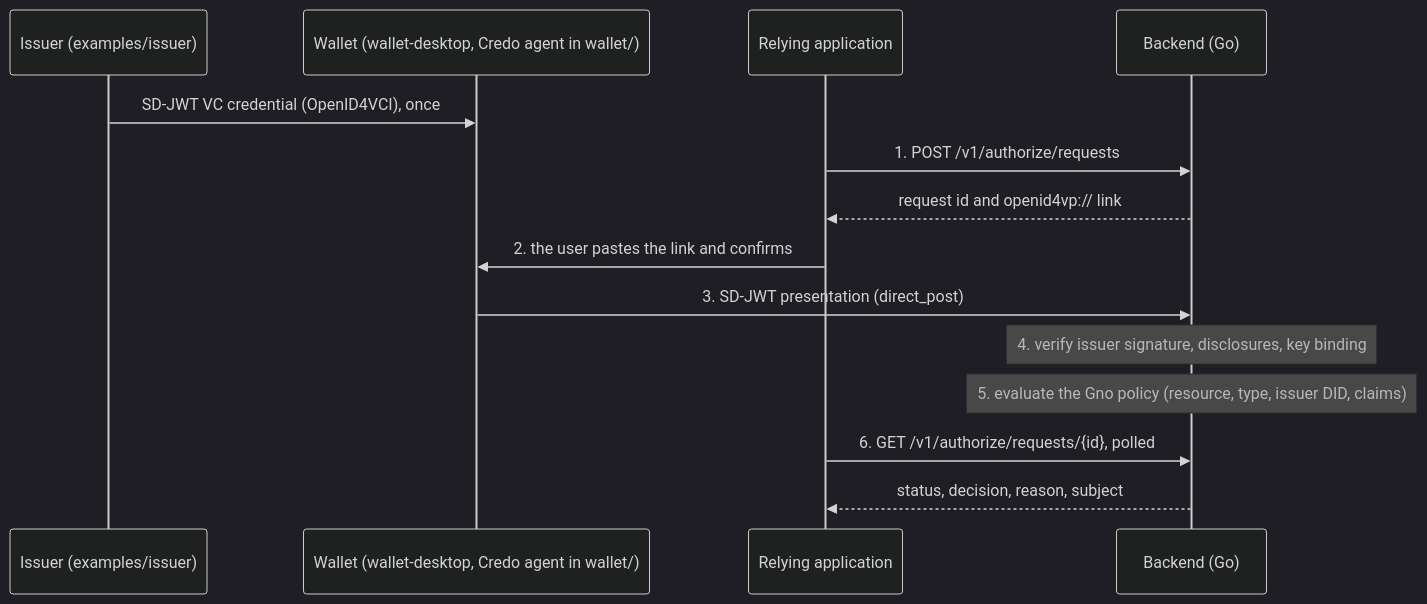
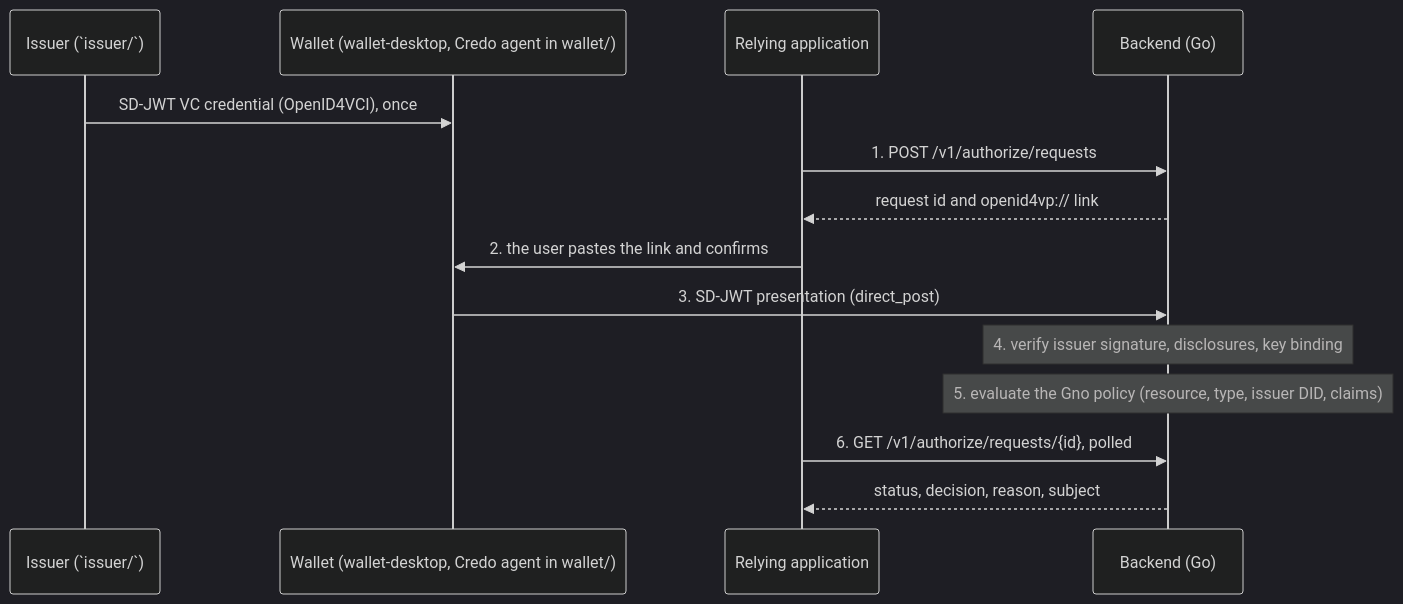
Before and after one commit to threehook/attesta: the diagram in docs/architecture.md, drawn with Mermaid (dark theme). The commit also changed 38 other files, not shown here.

First line of the commit message:
Move the issuer out of examples

````diff
--- a/docs/architecture.md
+++ b/docs/architecture.md
@@ -14,17 +14,17 @@
 ```mermaid
 sequenceDiagram
-    participant I as Issuer (examples/issuer)
+    participant I as Issuer (`issuer/`)
     participant W as Wallet (wallet-desktop, Credo agent in wallet/)
     participant A as Relying application
     participant B as Backend (Go)
 
     I->>W: SD-JWT VC credential (OpenID4VCI), once
     A->>B: 1. POST /v1/authorize/requests
     B-->>A: request id and openid4vp:// link
     A->>W: 2. the user pastes the link and confirms
     W->>B: 3. SD-JWT presentation (direct_post)
     Note over B: 4. verify issuer signature, disclosures, key binding
     Note over B: 5. evaluate the Gno policy (resource, type, issuer DID, claims)
     A->>B: 6. GET /v1/authorize/requests/{id}, polled
     B-->>A: status, decision, reason, subject
 ```
````
